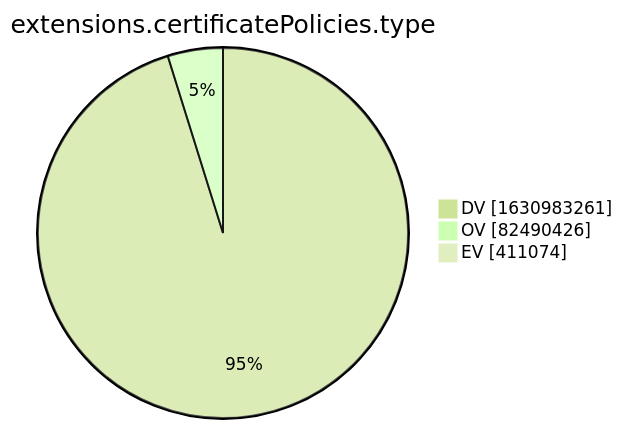
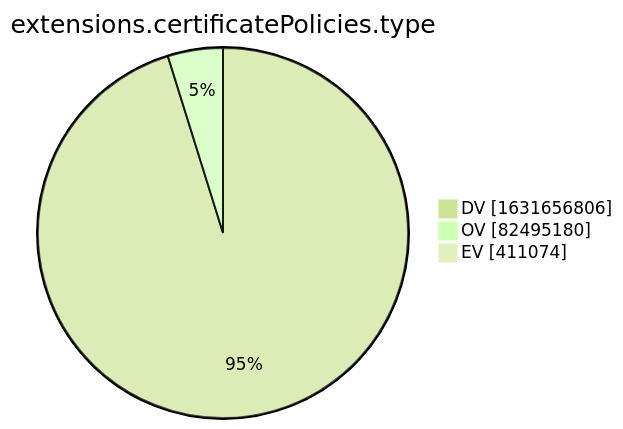
One commit to christiankrug/ctmonitor_visualization changed the tenth of 15 diagrams in xenon2022/README.md. Above: the diagram before and after it, drawn with Mermaid (forest theme). The commit also changed other lines of this file, not shown here.

````diff
--- a/xenon2022/README.md
+++ b/xenon2022/README.md
@@ -2878,7 +2878,7 @@
 ```mermaid
 pie showData
 title extensions.certificatePolicies.type
-"DV" :1630983261
-"OV" :82490426
+"DV" :1631656806
+"OV" :82495180
 "EV" :411074
 ```
````
